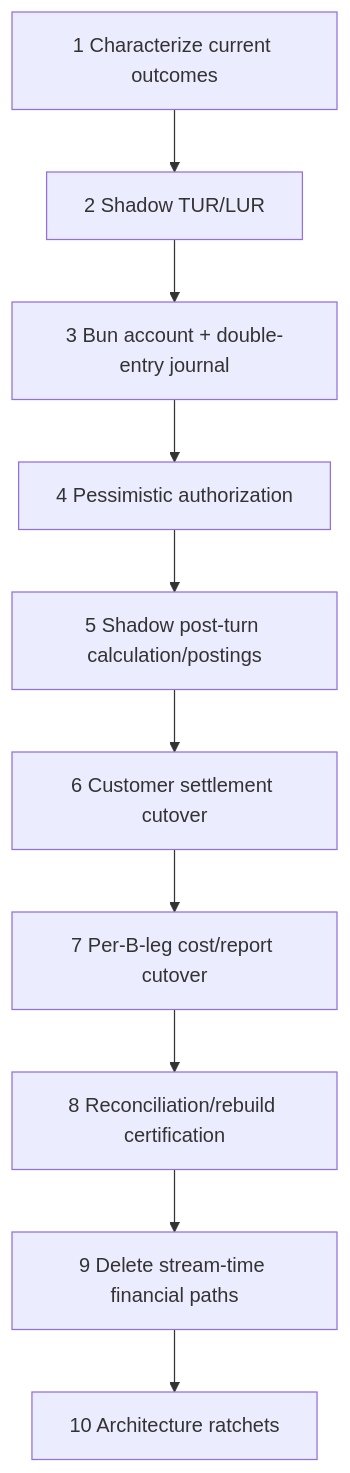
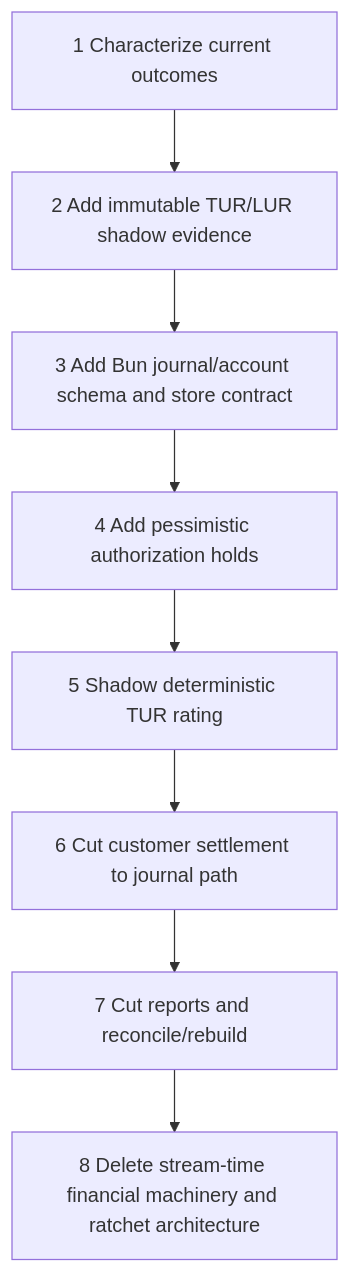
The sixth of 6 diagrams in .kiro/specs/usage-record-ledger-billing/design.md (matdev83/go-llm-interactive-proxy), drawn with Mermaid before and after one commit. The commit also changed other lines of this file, not shown here.

Commit message:
spec: clarify billing journal and replay design

````diff
--- a/.kiro/specs/usage-record-ledger-billing/design.md
+++ b/.kiro/specs/usage-record-ledger-billing/design.md
@@ -847,14 +700,10 @@
 ```mermaid
 flowchart TD
-    P1[1 Characterize current outcomes]
-    P2[2 Shadow TUR/LUR]
-    P3[3 Bun account + double-entry journal]
-    P4[4 Pessimistic authorization]
-    P5[5 Shadow post-turn calculation/postings]
-    P6[6 Customer settlement cutover]
-    P7[7 Per-B-leg cost/report cutover]
-    P8[8 Reconciliation/rebuild certification]
-    P9[9 Delete stream-time financial paths]
-    P10[10 Architecture ratchets]
-    P1 --> P2 --> P3 --> P4 --> P5 --> P6 --> P7 --> P8 --> P9 --> P10
+    A[1 Characterize current outcomes] --> B[2 Add immutable TUR/LUR shadow evidence]
+    B --> C[3 Add Bun journal/account schema and store contract]
+    C --> D[4 Add pessimistic authorization holds]
+    D --> E[5 Shadow deterministic TUR rating]
+    E --> F[6 Cut customer settlement to journal path]
+    F --> G[7 Cut reports and reconcile/rebuild]
+    G --> H[8 Delete stream-time financial machinery and ratchet architecture]
 ```
````
